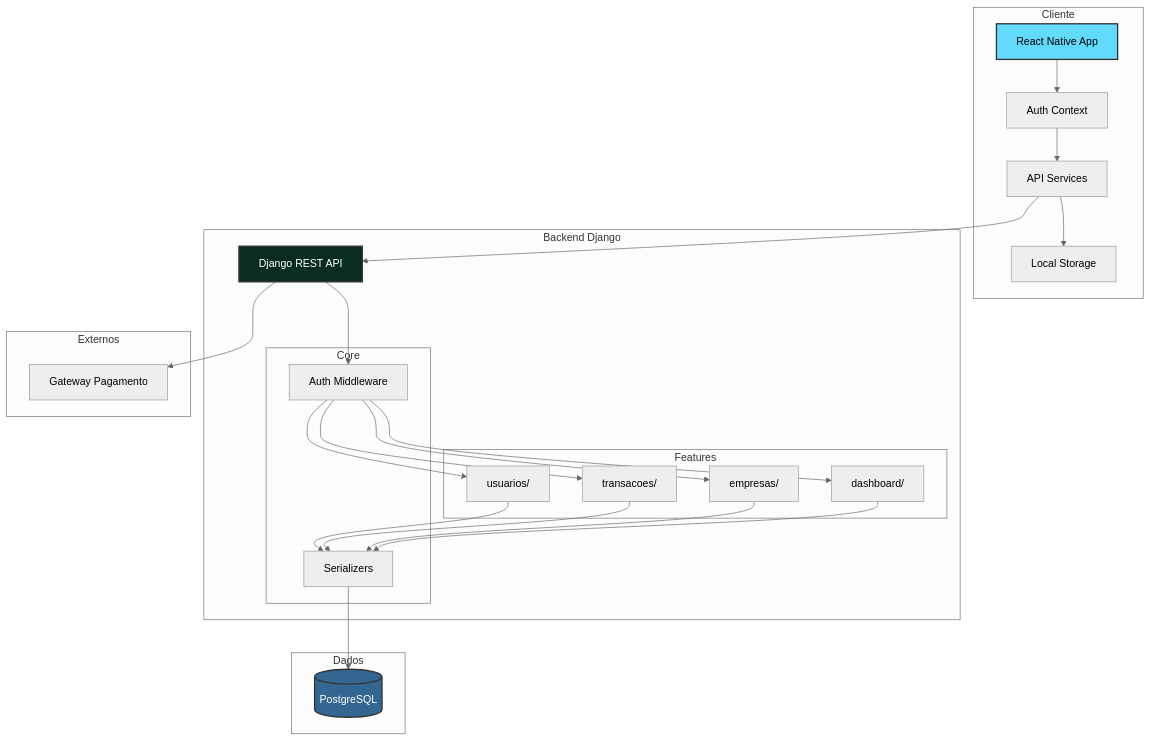
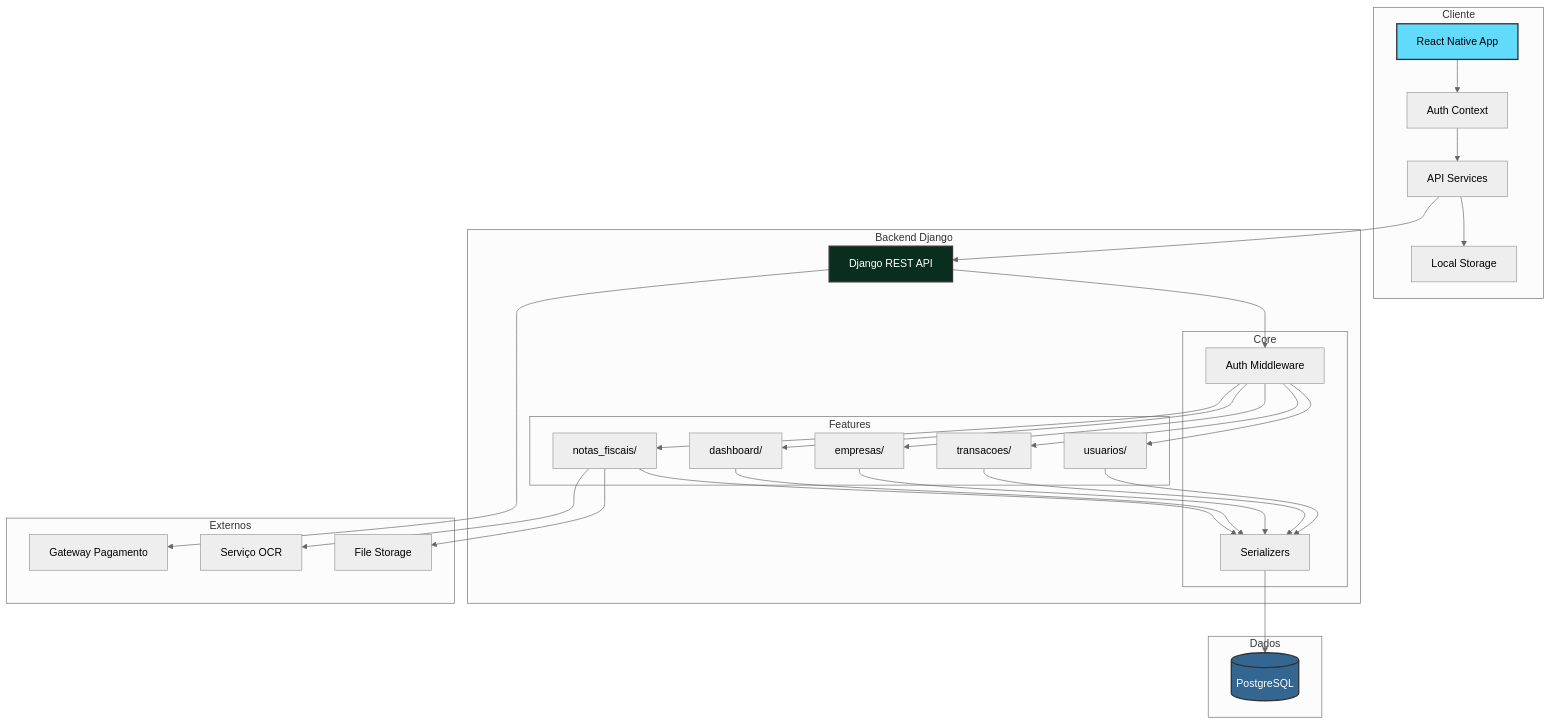
One commit to vinicius00franco/doc-es3-gestao-empresas-financeiro changed the second of 8 diagrams in docs/architecture-diagrams.md. Above: the diagram before and after it, drawn with Mermaid (neutral theme). The commit also changed other lines of this file and 16 other files, not shown here.

````diff
--- a/docs/architecture-diagrams.md
+++ b/docs/architecture-diagrams.md
@@ -42,57 +45,64 @@
 ```mermaid
 graph TB
     subgraph "Cliente"
         RN[React Native App]
         RN_AUTH[Auth Context]
         RN_API[API Services]
         RN_STORE[Local Storage]
     end
 
     subgraph "Backend Django"
         DJANGO[Django REST API]
         
         subgraph "Features"
             F_USER[usuarios/]
             F_TRANS[transacoes/]
             F_COMP[empresas/]
             F_DASH[dashboard/]
+            F_INVOICE[notas_fiscais/]
         end
         
         subgraph "Core"
             MIDDLEWARE[Auth Middleware]
             SERIALIZERS[Serializers]
         end
     end
 
     subgraph "Dados"
         POSTGRES[(PostgreSQL)]
     end
 
     subgraph "Externos"
         PAYMENT[Gateway Pagamento]
+        OCR[Serviço OCR]
+        STORAGE[File Storage]
     end
 
     RN --> RN_AUTH
     RN_AUTH --> RN_API
     RN_API --> DJANGO
     
     DJANGO --> MIDDLEWARE
     MIDDLEWARE --> F_USER
     MIDDLEWARE --> F_TRANS
     MIDDLEWARE --> F_COMP
     MIDDLEWARE --> F_DASH
+    MIDDLEWARE --> F_INVOICE
     
     F_USER --> SERIALIZERS
     F_TRANS --> SERIALIZERS
     F_COMP --> SERIALIZERS
     F_DASH --> SERIALIZERS
+    F_INVOICE --> SERIALIZERS
     
     SERIALIZERS --> POSTGRES
     DJANGO --> PAYMENT
+    F_INVOICE --> OCR
+    F_INVOICE --> STORAGE
     
     RN_API --> RN_STORE
 
     style RN fill:#61DAFB,stroke:#333,stroke-width:2px
     style DJANGO fill:#092E20,stroke:#333,stroke-width:2px,color:#FFF
     style POSTGRES fill:#336791,stroke:#333,stroke-width:2px,color:#FFF
 ```
````
